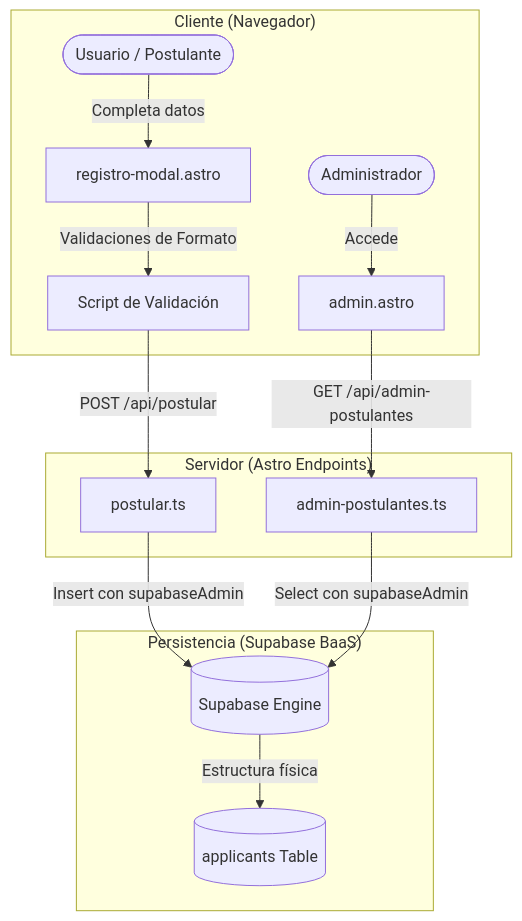
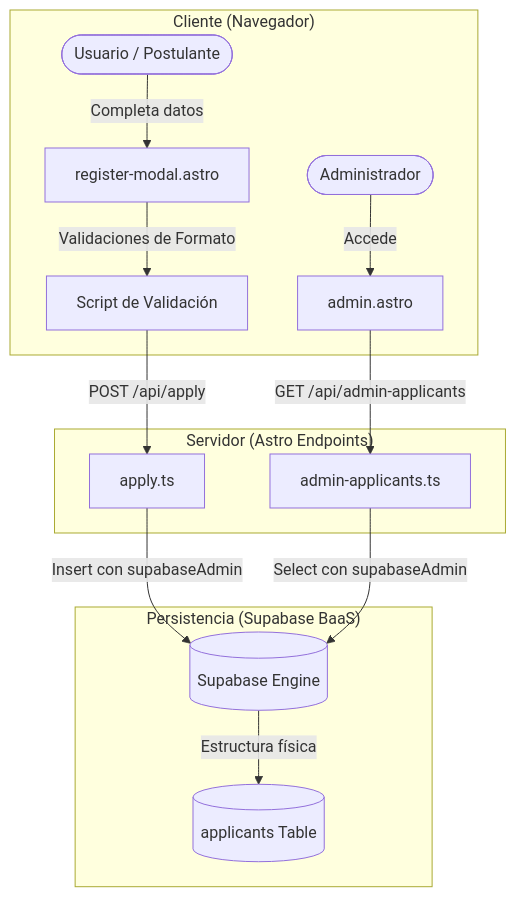
Before and after one commit to ccUnicode/Unicode: the diagram in docs/arquitectura.md, drawn with Mermaid. The commit also changed other lines of this file and 53 other files, not shown here.

Commit message:
docs(architecture): Modified the names of the rest of files

````diff
--- a/docs/arquitectura.md
+++ b/docs/arquitectura.md
@@ -46,19 +46,19 @@
 ```mermaid
 graph TD
     subgraph client ["Cliente (Navegador)"]
-        User([Usuario / Postulante]) -->|Completa datos| Form[registro-modal.astro]
+        User([Usuario / Postulante]) -->|Completa datos| Form[register-modal.astro]
         Form -->|Validaciones de Formato| ClientVal[Script de Validación]
         Admin([Administrador]) -->|Accede| AdminUI[admin.astro]
     end
 
     subgraph server ["Servidor (Astro Endpoints)"]
-        ClientVal -->|POST /api/postular| API_Postular[postular.ts]
-        AdminUI -->|GET /api/admin-postulantes| API_Admin[admin-postulantes.ts]
+        ClientVal -->|POST /api/apply| API_Apply[apply.ts]
+        AdminUI -->|GET /api/admin-applicants| API_Admin[admin-applicants.ts]
     end
 
     subgraph db ["Persistencia (Supabase BaaS)"]
-        API_Postular -->|Insert con supabaseAdmin| Supabase[(Supabase Engine)]
+        API_Apply -->|Insert con supabaseAdmin| Supabase[(Supabase Engine)]
         API_Admin -->|Select con supabaseAdmin| Supabase
         Supabase -->|Estructura física| Table[(applicants Table)]
     end
 ```
````
